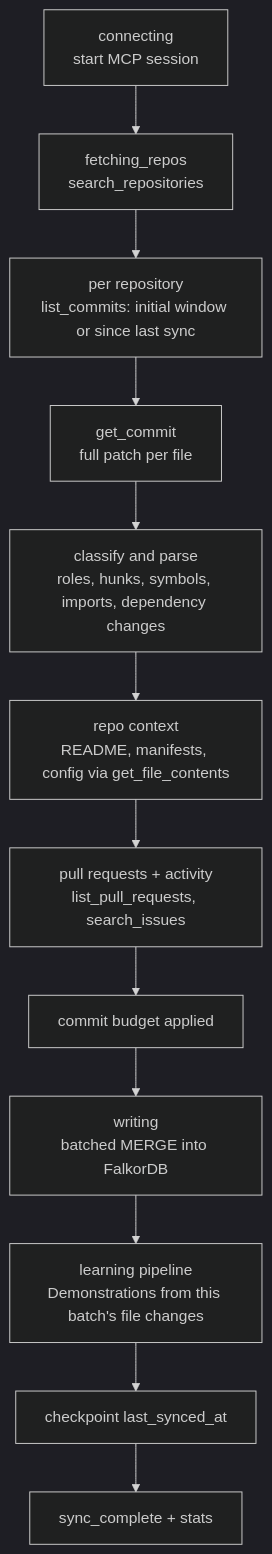
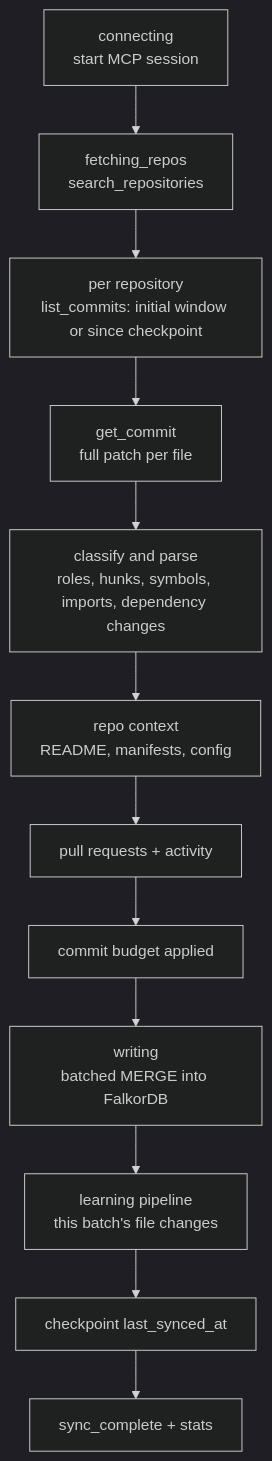
Diagram 13 of 14 in README.md (AymaanPathan/pathaway.io), drawn with Mermaid (dark theme) before and after one commit. The commit also changed other lines of this file, not shown here.

````diff
--- a/README.md
+++ b/README.md
@@ -693,14 +758,14 @@
 ```mermaid
 flowchart TD
     A[connecting<br/>start MCP session] --> B[fetching_repos<br/>search_repositories]
-    B --> C[per repository<br/>list_commits: initial window or since last sync]
+    B --> C[per repository<br/>list_commits: initial window or since checkpoint]
     C --> D[get_commit<br/>full patch per file]
     D --> E[classify and parse<br/>roles, hunks, symbols, imports, dependency changes]
-    E --> F[repo context<br/>README, manifests, config via get_file_contents]
-    F --> G[pull requests + activity<br/>list_pull_requests, search_issues]
+    E --> F[repo context<br/>README, manifests, config]
+    F --> G[pull requests + activity]
     G --> H[commit budget applied]
     H --> I[writing<br/>batched MERGE into FalkorDB]
-    I --> J[learning pipeline<br/>Demonstrations from this batch's file changes]
+    I --> J[learning pipeline<br/>this batch's file changes]
     J --> K[checkpoint last_synced_at]
     K --> L[sync_complete + stats]
 ```
````
